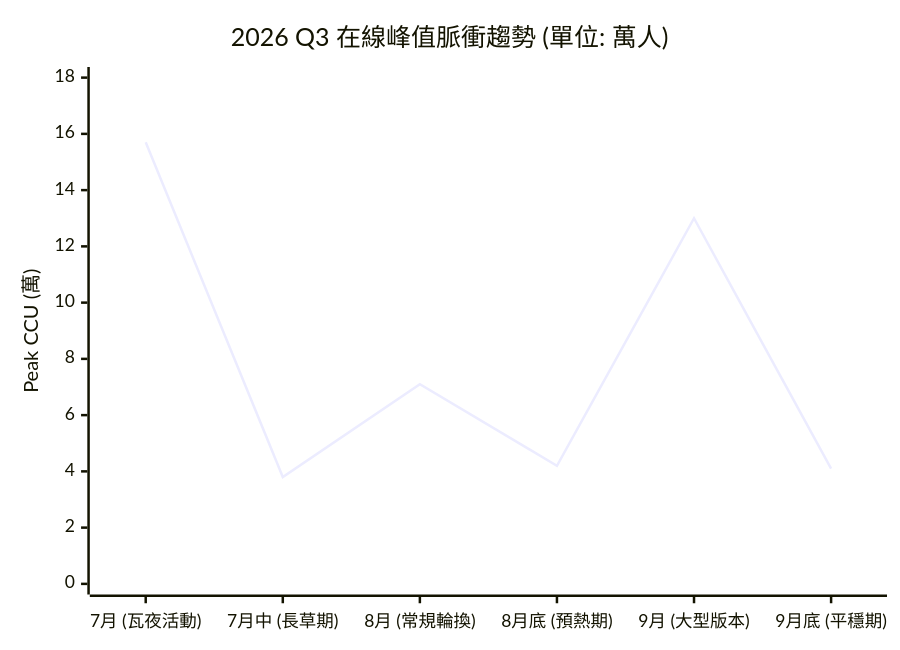
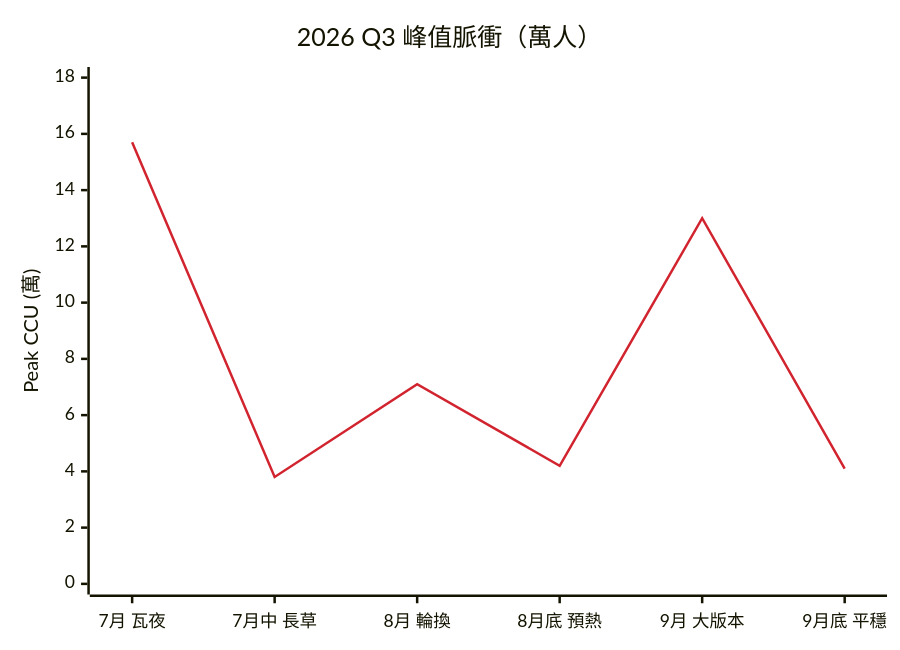
One commit to anku0910/LHU-AI-10-22 changed the third of 3 diagrams in README.md. Above: the diagram before and after it, drawn with Mermaid. The commit also changed other lines of this file, not shown here.

Commit message:
docs: 重寫排版與配色，雷達圖改為標籤排行

````diff
--- a/README.md
+++ b/README.md
@@ -106,7 +91,8 @@
 ```mermaid
+%%{init: {"themeVariables": {"xyChart": {"plotColorPalette": "#d1242f"}}}}%%
 xychart-beta
-    title "2026 Q3 在線峰值脈衝趨勢 (單位: 萬人)"
-    x-axis ["7月 (瓦夜活動)", "7月中 (長草期)", "8月 (常規輪換)", "8月底 (預熱期)", "9月 (大型版本)", "9月底 (平穩期)"]
+    title "2026 Q3 峰值脈衝（萬人）"
+    x-axis ["7月 瓦夜", "7月中 長草", "8月 輪換", "8月底 預熱", "9月 大版本", "9月底 平穩"]
     y-axis "Peak CCU (萬)" 0 --> 18
     line [15.7, 3.8, 7.1, 4.2, 13.0, 4.1]
 ```
````
